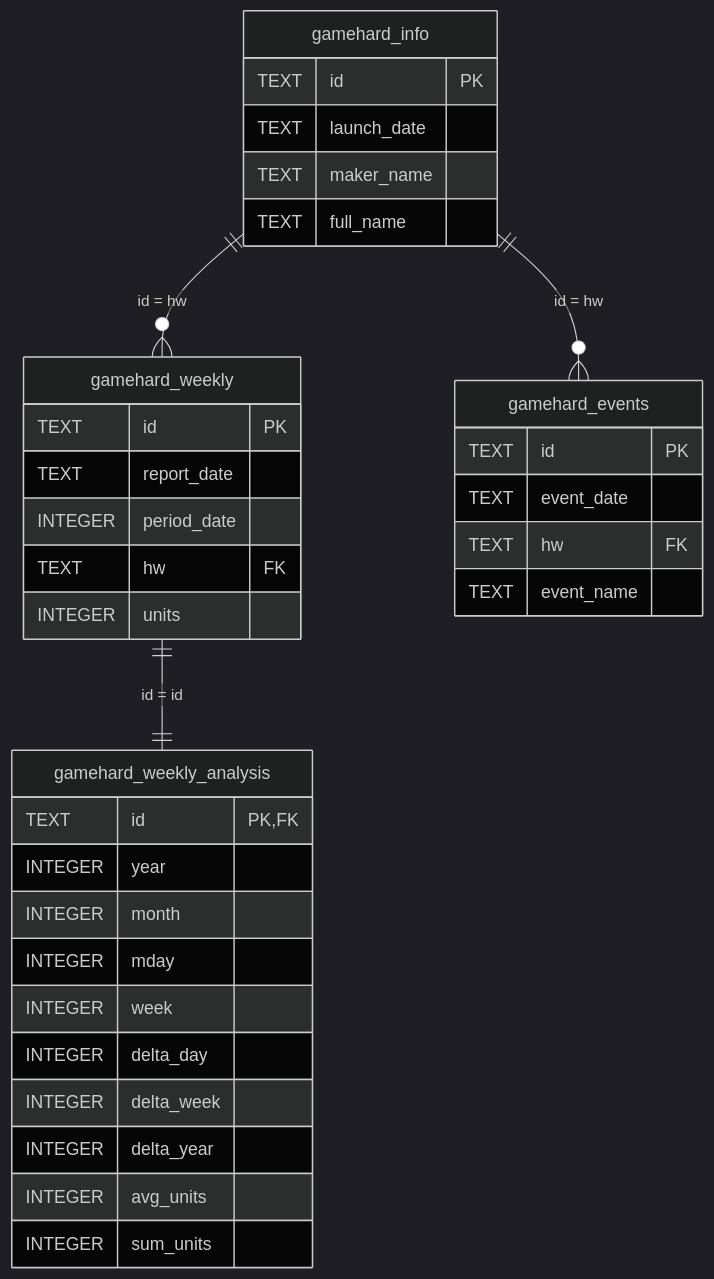
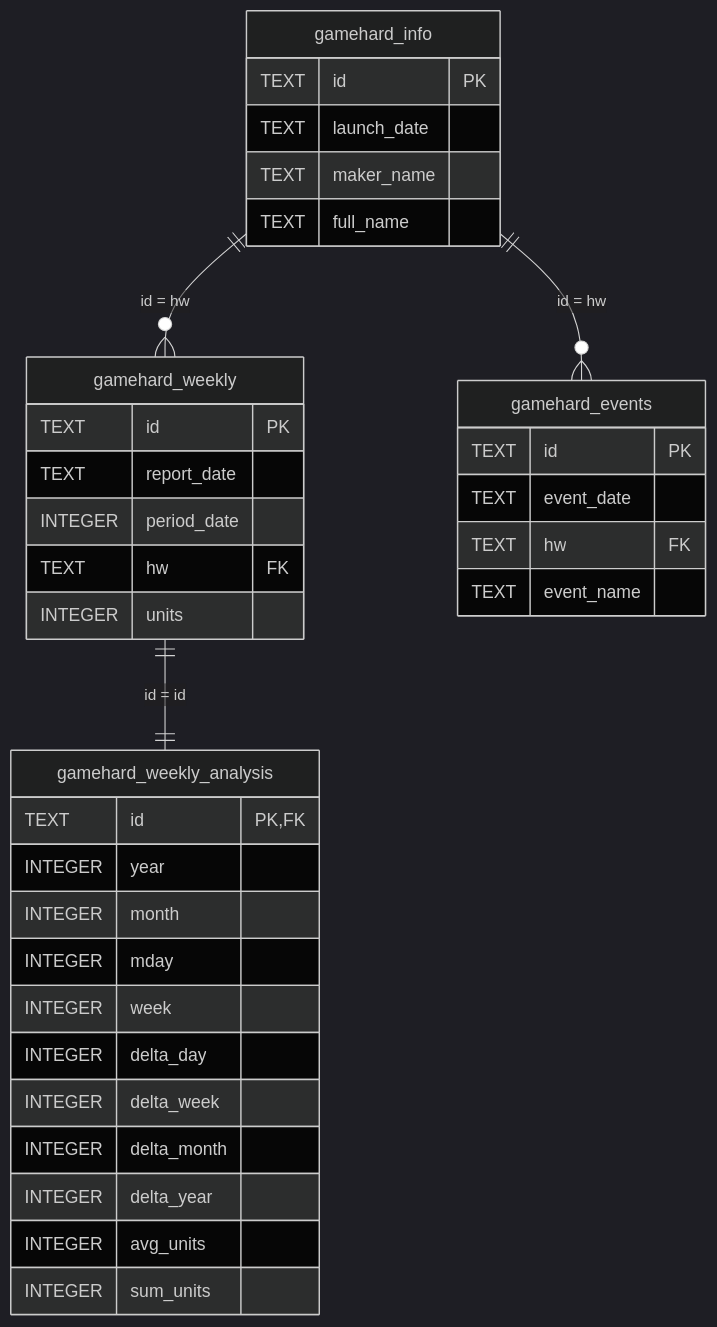
Before and after one commit to hidenden/gamedata: the diagram in database/README.md, drawn with Mermaid (dark theme). The commit also changed other lines of this file and 3 other files, not shown here.

Commit message:
#46 add gamehard_weekly_analysys.delta_month

````diff
--- a/database/README.md
+++ b/database/README.md
@@ -166,38 +169,39 @@
 ```mermaid
 erDiagram
     gamehard_info ||--o{ gamehard_weekly : "id = hw"
     gamehard_info ||--o{ gamehard_events : "id = hw"
     gamehard_weekly ||--|| gamehard_weekly_analysis : "id = id"
 
     gamehard_info {
         TEXT id PK
         TEXT launch_date
         TEXT maker_name
         TEXT full_name
     }
     gamehard_weekly {
         TEXT id PK
         TEXT report_date
         INTEGER period_date
         TEXT hw FK
         INTEGER units
     }
     gamehard_events {
         TEXT id PK
         TEXT event_date
         TEXT hw FK
         TEXT event_name
     }
     gamehard_weekly_analysis {
         TEXT id PK, FK
         INTEGER year
         INTEGER month
         INTEGER mday
         INTEGER week
         INTEGER delta_day
         INTEGER delta_week
+        INTEGER delta_month
         INTEGER delta_year
         INTEGER avg_units
         INTEGER sum_units
     }
 ```
````
